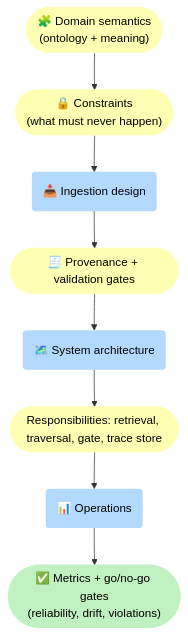
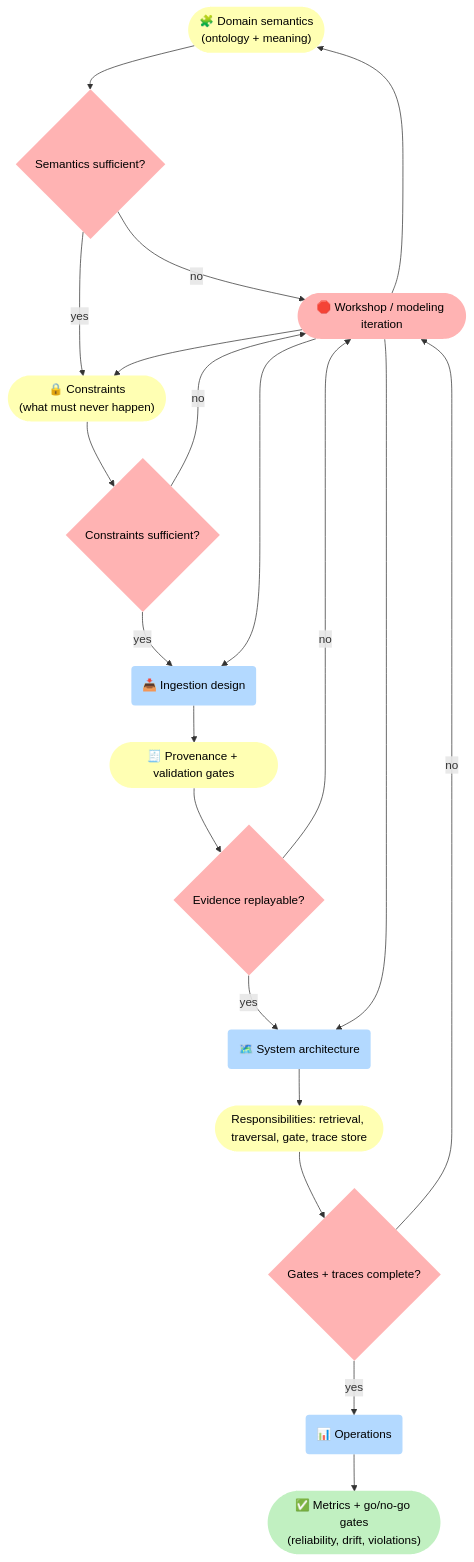
One commit to 5Reasons/5reasons.github.io changed the first of 2 diagrams in docs/services/blueprint.md. Above: the diagram before and after it, drawn with Mermaid. The commit also changed other lines of this file and 11 other files, not shown here.

````diff
--- a/docs/services/blueprint.md
+++ b/docs/services/blueprint.md
@@ -67,26 +67,43 @@
 ```mermaid
 flowchart TB
 %% Styles (brModel Standard)
 classDef i fill:#D3D3D3,stroke-width:0px,color:#000;
 classDef p fill:#B3D9FF,stroke-width:0px,color:#000;
 classDef r fill:#FFFFB3,stroke-width:0px,color:#000;
 classDef o fill:#C1F0C1,stroke-width:0px,color:#000;
 classDef s fill:#FFB3B3,stroke-width:0px,color:#000;
 
 R_Domain(["🧩 Domain semantics<br>(ontology + meaning)"]):::r
+G_Sem{"Semantics sufficient?"}:::s
 R_Constr(["🔒 Constraints<br>(what must never happen)"]):::r
+G_Constr{"Constraints sufficient?"}:::s
 P_Ingest("📥 Ingestion design"):::p
 R_Prov(["🧾 Provenance + validation gates"]):::r
+G_Prov{"Evidence replayable?"}:::s
 P_Arch("🗺️ System architecture"):::p
 R_Roles(["Responsibilities: retrieval, traversal, gate, trace store"]):::r
+G_Arch{"Gates + traces complete?"}:::s
 P_Ops("📊 Operations"):::p
 O_Metrics(["✅ Metrics + go/no-go gates<br>(reliability, drift, violations)"]):::o
 
-R_Domain --> R_Constr --> P_Ingest --> R_Prov --> P_Arch --> R_Roles --> P_Ops --> O_Metrics
+S_Work(["🛑 Workshop / modeling iteration"]):::s
+
+R_Domain --> G_Sem
+G_Sem -->|"no"| S_Work --> R_Domain
+G_Sem -->|"yes"| R_Constr --> G_Constr
+
+G_Constr -->|"no"| S_Work --> R_Constr
+G_Constr -->|"yes"| P_Ingest --> R_Prov --> G_Prov
+
+G_Prov -->|"no"| S_Work --> P_Ingest
+G_Prov -->|"yes"| P_Arch --> R_Roles --> G_Arch
+
+G_Arch -->|"no"| S_Work --> P_Arch
+G_Arch -->|"yes"| P_Ops --> O_Metrics
 
 %% Clickable nodes
 click R_Domain "/methodology/core-primitives/" "Core primitives"
 click R_Constr "/methodology/constraints/" "Constraints & SHACL"
 click R_Prov "/methodology/llm-tool-rag/" "LLM + Tool + RAG"
 click R_Roles "/methodology/causalgraphrag/" "CausalGraphRAG"
 ```
````
